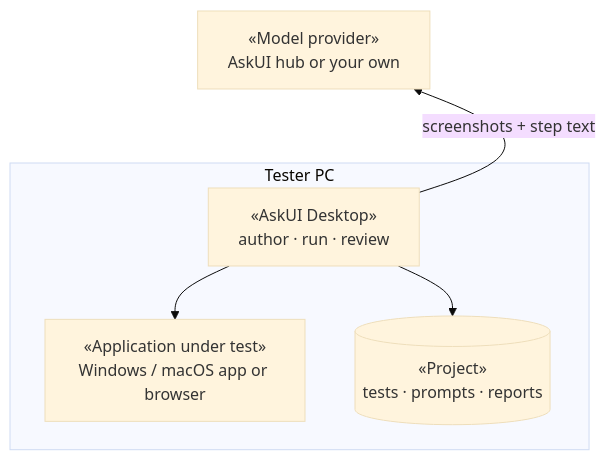
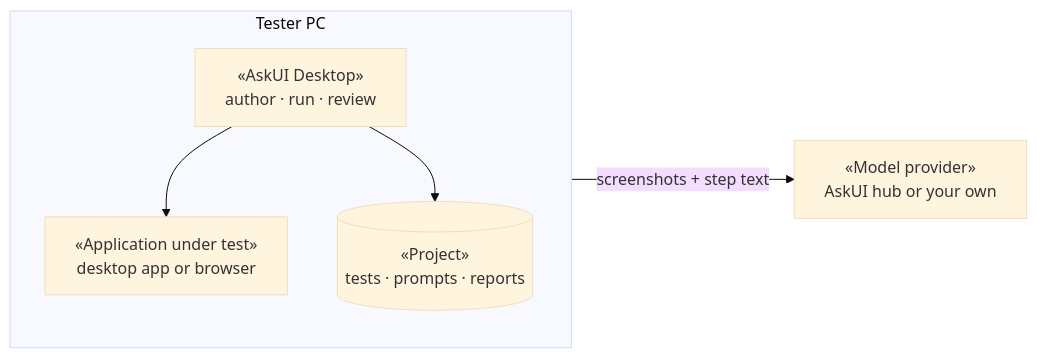
One commit to askui/docs-rewrite changed the first of 2 diagrams in content/docs/concepts/enterprise-fit.mdx. Above: the diagram before and after it, drawn with Mermaid (base theme). The commit also changed other lines of this file and 1 other file, not shown here.

Commit message:
docs(enterprise-fit): straighter diagrams, Tester PC first
- Both diagrams switch to LR with 'direction TB' inside each container, so
  the Tester PC container leads at the left and its internal edges run
  straight down instead of zigzagging around the rank
- Model provider declared before the other rank-1 nodes so it sits at the
  top of its column
- Shortened the application label that was being truncated
- Wider node/rank spacing so step-routed edges have room to run straight

````diff
--- a/content/docs/concepts/enterprise-fit.mdx
+++ b/content/docs/concepts/enterprise-fit.mdx
@@ -19,13 +19,12 @@
 ```mermaid
-flowchart TB
-  M["«Model provider»<br/>AskUI hub or your own"]
+flowchart LR
   subgraph pc["Tester PC"]
+    direction TB
     D["«AskUI Desktop»<br/>author · run · review"]
-    A["«Application under test»<br/>Windows / macOS app or browser"]
+    A["«Application under test»<br/>desktop app or browser"]
     F[("«Project»<br/>tests · prompts · reports")]
+    D --> A
+    D --> F
   end
-  M ~~~ pc
-  D -->|"screenshots + step text"| M
-  D --> A
-  D --> F
+  D -->|"screenshots + step text"| M["«Model provider»<br/>AskUI hub or your own"]
 ```
````
